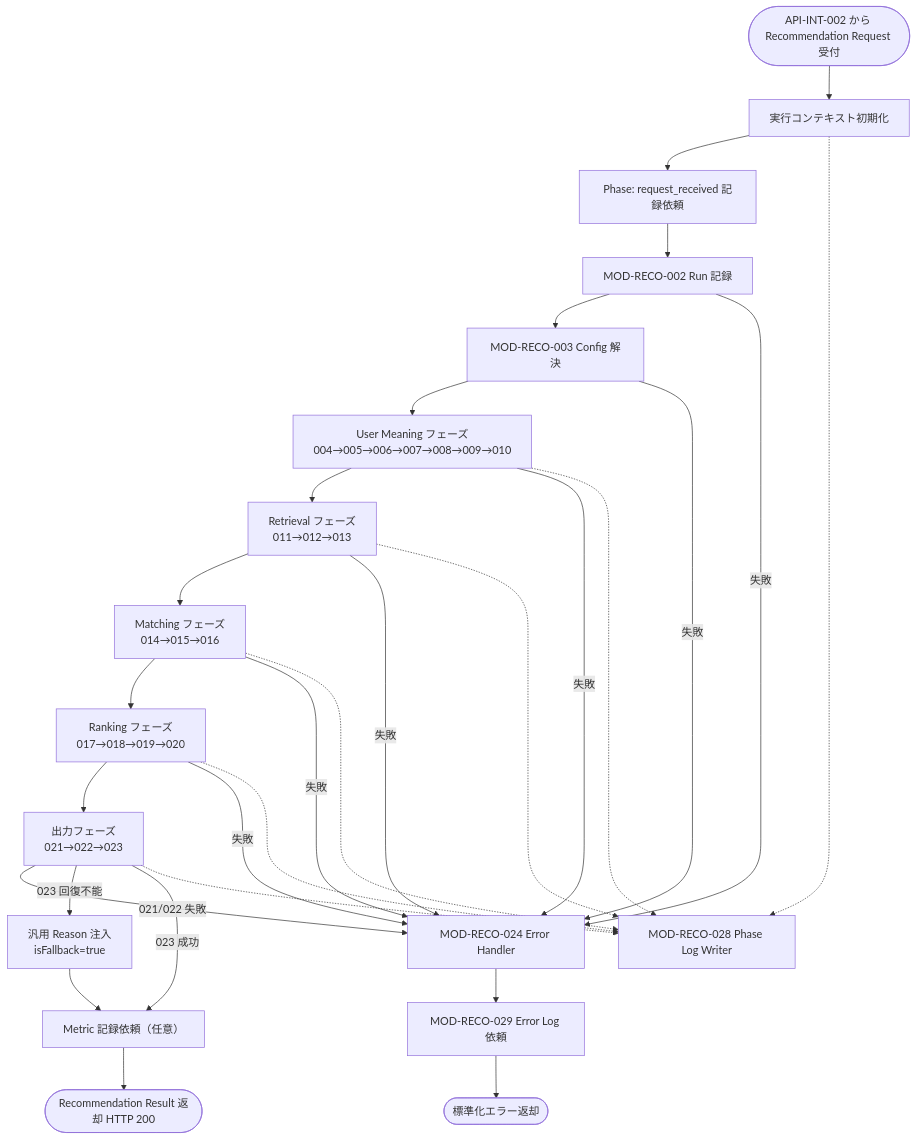
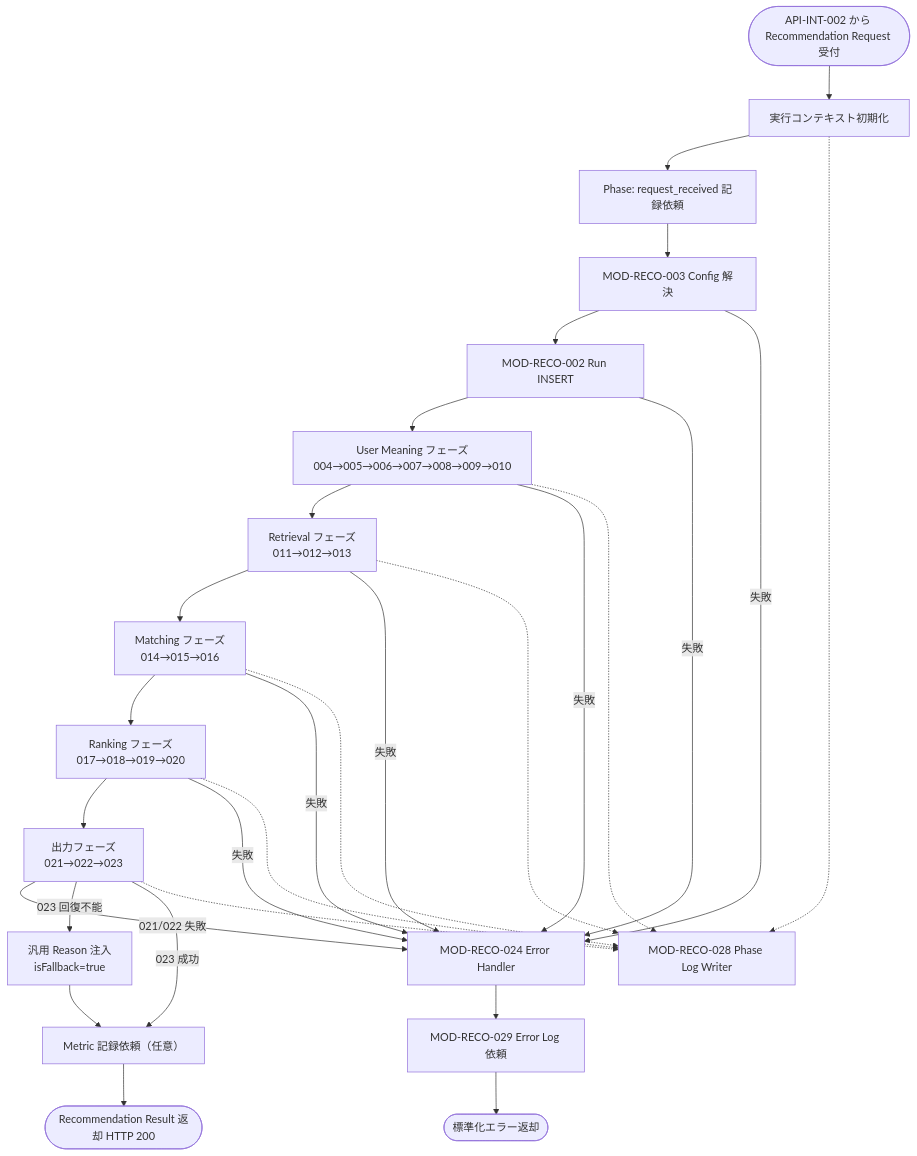
The diagram in docs/06_実装設計/reco/MOD-RECO-001_Recommendation Orchestratorモジュール仕様書.md (ryo-chan-k6/GiftRecommendAPP_MVP_CYCLE_3), drawn with Mermaid before and after one commit. The commit also changed other lines of this file and 15 other files, not shown here.

First line of the commit message:
docs(reco): MOD-RECO-002仕様書の横断整合とexception_scope実装を反映

````diff
--- a/docs/06_実装設計/reco/MOD-RECO-001_Recommendation Orchestratorモジュール仕様書.md
+++ b/docs/06_実装設計/reco/MOD-RECO-001_Recommendation Orchestratorモジュール仕様書.md
@@ -153,33 +153,33 @@
 ```mermaid
 flowchart TD
     START([API-INT-002 から Recommendation Request 受付]) --> INIT[実行コンテキスト初期化]
     INIT --> P0[Phase: request_received 記録依頼]
-    P0 --> R002[MOD-RECO-002 Run 記録]
-    R002 --> R003[MOD-RECO-003 Config 解決]
-    R003 --> UM[User Meaning フェーズ<br/>004→005→006→007→008→009→010]
+    P0 --> R003[MOD-RECO-003 Config 解決]
+    R003 --> R002[MOD-RECO-002 Run INSERT]
+    R002 --> UM[User Meaning フェーズ<br/>004→005→006→007→008→009→010]
     UM --> RT[Retrieval フェーズ<br/>011→012→013]
     RT --> MT[Matching フェーズ<br/>014→015→016]
     MT --> RK[Ranking フェーズ<br/>017→018→019→020]
     RK --> OUT[出力フェーズ<br/>021→022→023]
     OUT -->|021/022 失敗| ERR[MOD-RECO-024 Error Handler]
     OUT -->|023 回復不能| FB[汎用 Reason 注入<br/>isFallback=true]
     FB --> MET[Metric 記録依頼（任意）]
     OUT -->|023 成功| MET
     MET --> SUCCESS([Recommendation Result 返却 HTTP 200])
 
+    R003 -->|失敗| ERR
     R002 -->|失敗| ERR
-    R003 -->|失敗| ERR
     UM -->|失敗| ERR
     RT -->|失敗| ERR
     MT -->|失敗| ERR
     RK -->|失敗| ERR
     ERR --> ELOG[MOD-RECO-029 Error Log 依頼]
     ELOG --> FAIL([標準化エラー返却])
 
     INIT -.-> PLW[MOD-RECO-028 Phase Log Writer]
     UM -.-> PLW
     RT -.-> PLW
     MT -.-> PLW
     RK -.-> PLW
     OUT -.-> PLW
 ```
````
